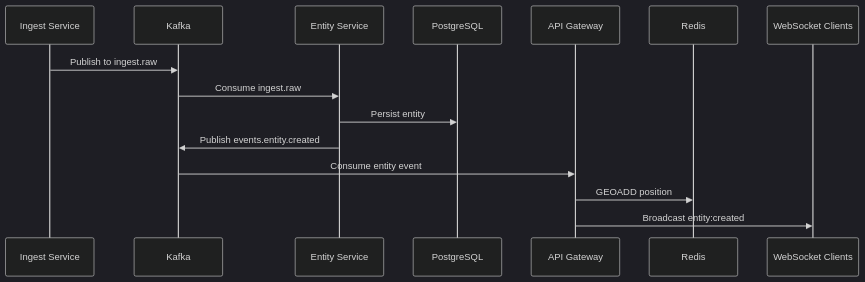
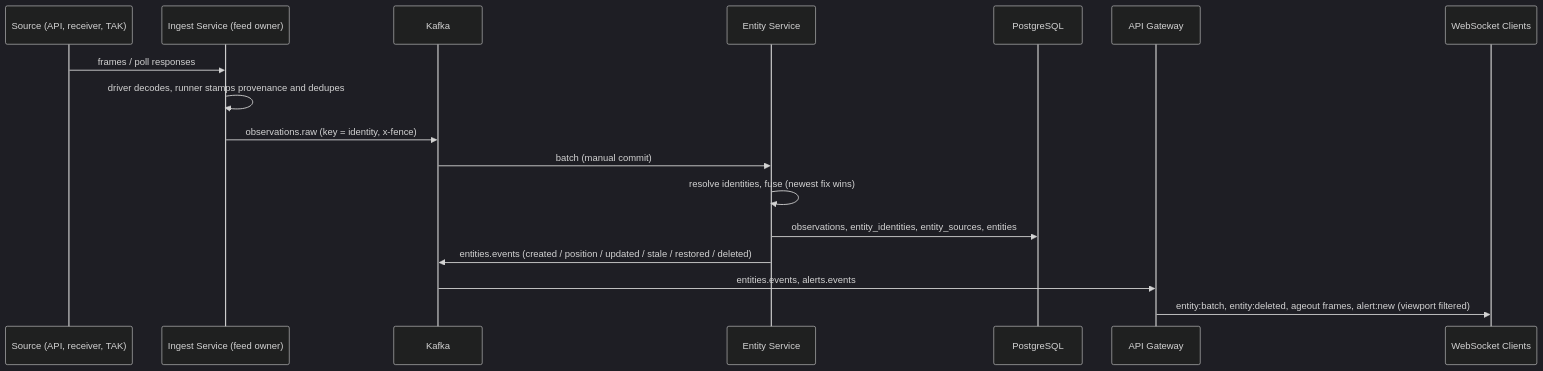
The second of 3 diagrams in docs/architecture.md (msbolton/sentinel), drawn with Mermaid (dark theme) before and after one commit. The commit also changed other lines of this file and 17 other files, not shown here.

First line of the commit message:
docs: describe the feed architecture; drop Redis and leftover env; extend the smoke test

````diff
--- a/docs/architecture.md
+++ b/docs/architecture.md
@@ -70,18 +69,20 @@
 ```mermaid
 sequenceDiagram
-    participant IS as Ingest Service
+    participant SRC as Source (API, receiver, TAK)
+    participant IS as Ingest Service (feed owner)
     participant KF as Kafka
     participant ES as Entity Service
     participant PG as PostgreSQL
     participant GW as API Gateway
-    participant RD as Redis
     participant WS as WebSocket Clients
 
-    IS->>KF: Publish to ingest.raw
-    KF->>ES: Consume ingest.raw
-    ES->>PG: Persist entity
-    ES->>KF: Publish events.entity.created
-    KF->>GW: Consume entity event
-    GW->>RD: GEOADD position
-    GW->>WS: Broadcast entity:created
+    SRC->>IS: frames / poll responses
+    IS->>IS: driver decodes, runner stamps provenance and dedupes
+    IS->>KF: observations.raw (key = identity, x-fence)
+    KF->>ES: batch (manual commit)
+    ES->>ES: resolve identities, fuse (newest fix wins)
+    ES->>PG: observations, entity_identities, entity_sources, entities
+    ES->>KF: entities.events (created / position / updated / stale / restored / deleted)
+    KF->>GW: entities.events, alerts.events
+    GW->>WS: entity:batch, entity:deleted, ageout frames, alert:new (viewport filtered)
 ```
````
